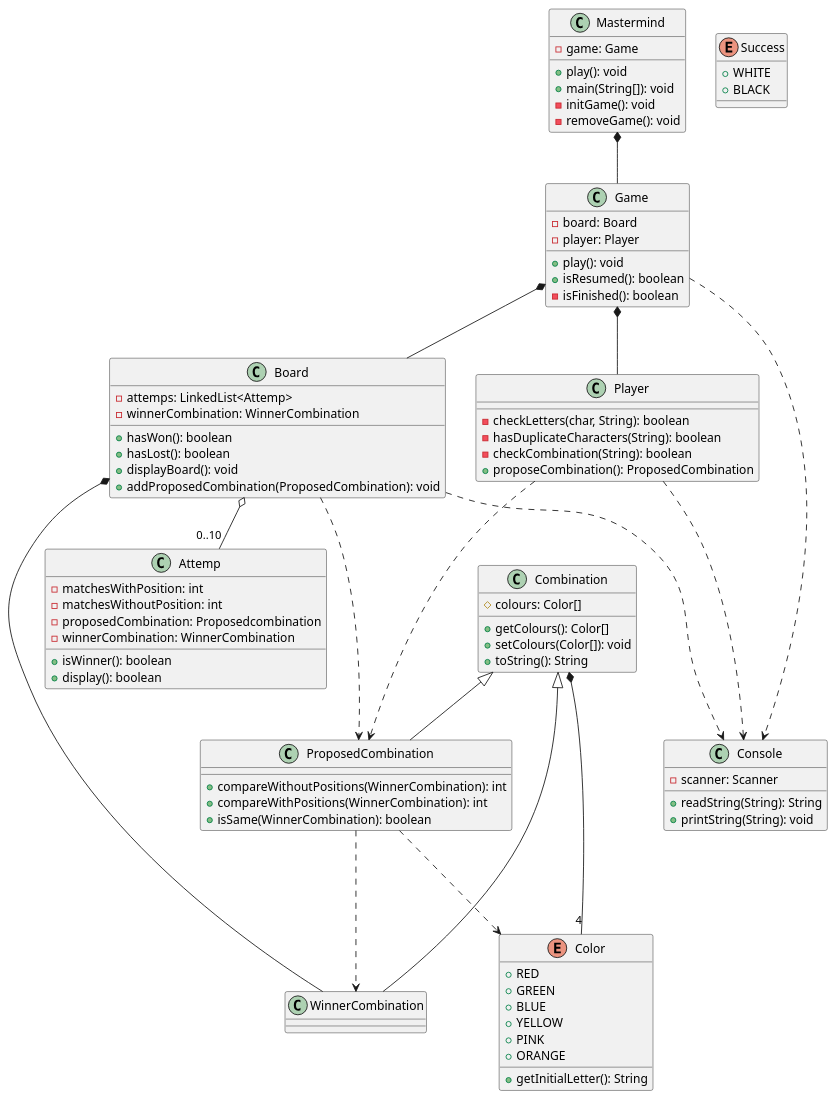
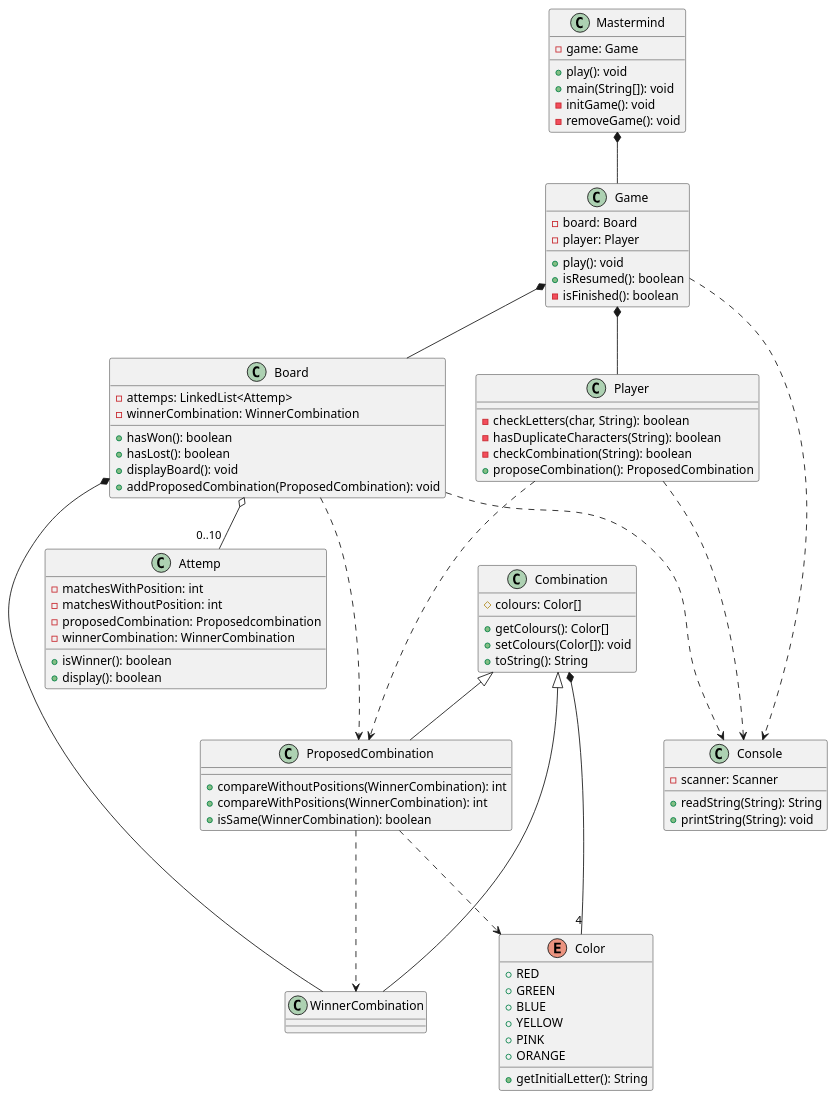
The diagram in diagrams/domainModel.wsd (ccinterod02/Mastermind), drawn with PlantUML before and after one commit.

Commit message:
se me habia olvidado actualizar el .wsd

```diff
--- a/diagrams/domainModel.wsd
+++ b/diagrams/domainModel.wsd
@@ -1,139 +1,130 @@
 @startuml Mastermind
 
 class Mastermind {
   - game: Game
 
   + play(): void
   + main(String[]): void
   - initGame(): void
   - removeGame(): void
 }
 
 class Game {
   - board: Board
   - player: Player
 
   + play(): void
   + isResumed(): boolean
   - isFinished(): boolean
 
 }
 
 class Board {
   - attemps: LinkedList<Attemp>
   - winnerCombination: WinnerCombination
 
   + hasWon(): boolean
   + hasLost(): boolean
   + displayBoard(): void
   + addProposedCombination(ProposedCombination): void
 
-}
-
-enum Success{
-  + WHITE
-  + BLACK
 }
 
 enum Color {
   + RED
   + GREEN
   + BLUE
   + YELLOW
   + PINK
   + ORANGE
 
   + getInitialLetter(): String
 }
 
 class Attemp {
   - matchesWithPosition: int  
   - matchesWithoutPosition: int
   - proposedCombination: Proposedcombination
   - winnerCombination: WinnerCombination
 
   + isWinner(): boolean
   + display(): boolean
 }
 
 
 class Player {
 
   - checkLetters(char, String): boolean
   - hasDuplicateCharacters(String): boolean
   - checkCombination(String): boolean
   + proposeCombination(): ProposedCombination
 
 }
 
 class Combination {
   # colours: Color[]
 
   + getColours(): Color[]
   + setColours(Color[]): void
   + toString(): String
 
 }
 
 class WinnerCombination {
 
 }
 
 class ProposedCombination {
 
   + compareWithoutPositions(WinnerCombination): int
   + compareWithPositions(WinnerCombination): int
   + isSame(WinnerCombination): boolean
 
 }
 
 
 class Console {
   - scanner: Scanner
 
   + readString(String): String
   + printString(String): void
 
 }
 
 Mastermind *-down- Game
 
 Game *-down- Board
 Game *-down- Player
 Game -.-> Console
 
 Player -.-> ProposedCombination
 Player -.-> Console
 
 Board o-down- "0..10" Attemp
 Board -.-> ProposedCombination
 Board *-down- WinnerCombination
 Board -.-> Console
 
 Combination *-down- "4" Color
 
 WinnerCombination -up-|> Combination
 
 ProposedCombination -.-> WinnerCombination
 ProposedCombination -.-> Color
 ProposedCombination -up-|> Combination
 
-
-
 ' Game *-down-> Board
 ' Game *-down-> Player
 ' Mastermind *-down-> Game
 ' Board *--> WinnerCombination
 ' Board o-down-> "0..10" Attemp
 ' Attemp *-down-> Result
 ' Result o-left-> "0..1" Success
 ' Attemp *-down-> ProposedCombination
 ' Player --> Board
 ' Player -.-> Attemp
 
 ' WinnerCombination -up-|> Combination
 ' ProposedCombination -up-|> Combination
 
-
-
 @enduml
```
